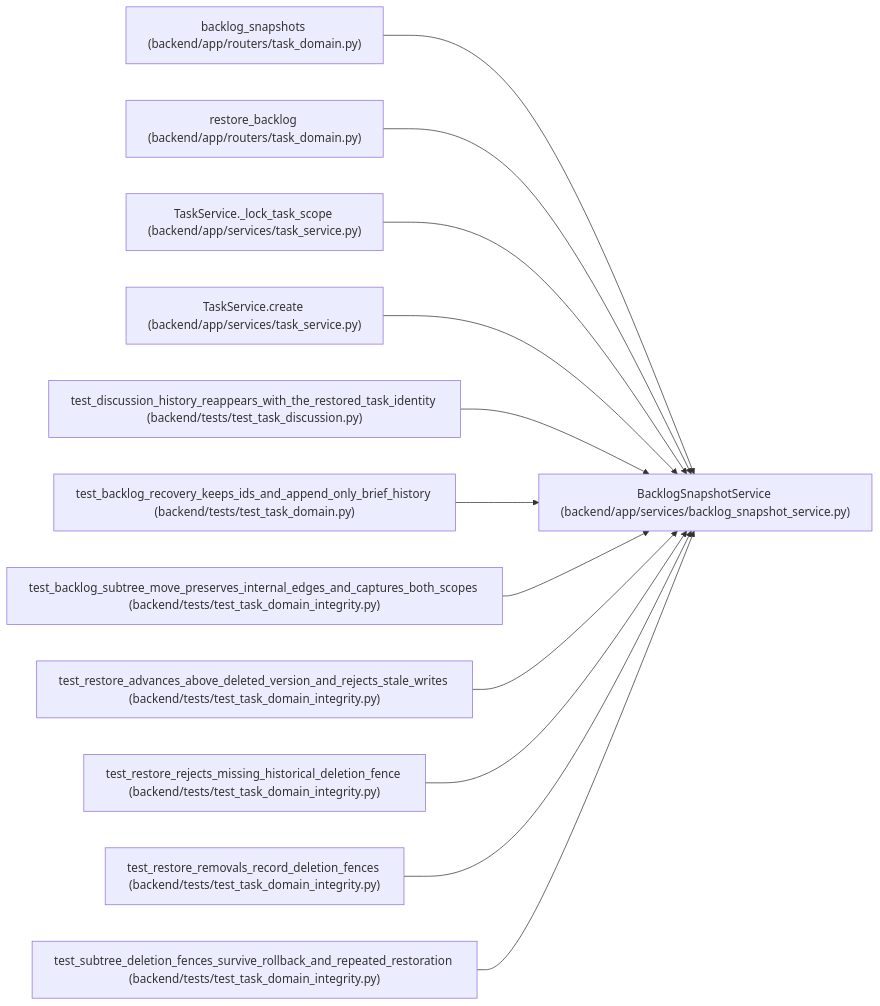
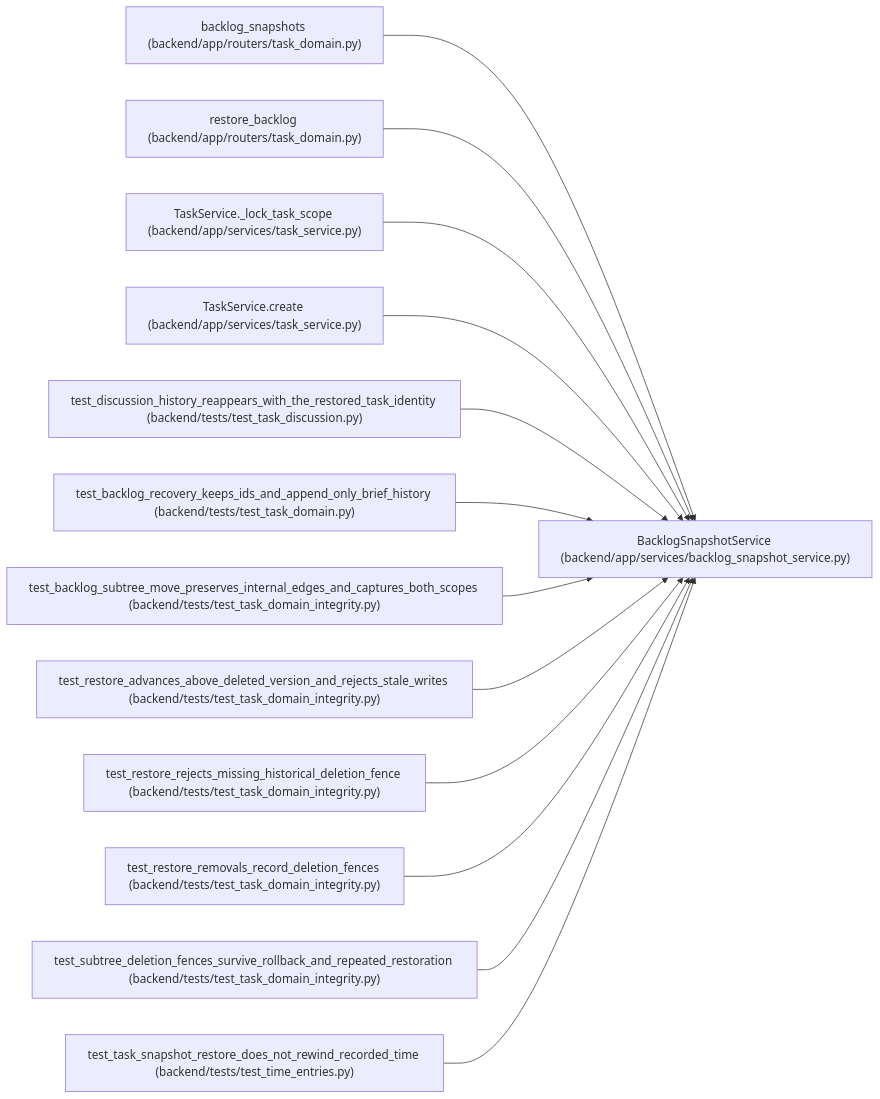
Before and after one commit to Denissvgn/WorkChord: the diagram in docs/llm_wiki/entities/BacklogSnapshotService.md, drawn with Mermaid. The commit also changed other lines of this file and 2344 other files, not shown here.

````diff
--- a/docs/llm_wiki/entities/BacklogSnapshotService.md
+++ b/docs/llm_wiki/entities/BacklogSnapshotService.md
@@ -30,38 +30,41 @@
 ```mermaid
 flowchart LR
     n0["BacklogSnapshotService (backend/app/services/backlog_snapshot_service.py)"]
     n1["backlog_snapshots (backend/app/routers/task_domain.py)"]
     n2["restore_backlog (backend/app/routers/task_domain.py)"]
     n3["TaskService._lock_task_scope (backend/app/services/task_service.py)"]
     n4["TaskService.create (backend/app/services/task_service.py)"]
     n5["test_discussion_history_reappears_with_the_restored_task_identity (backend/tests/test_task_discussion.py)"]
     n6["test_backlog_recovery_keeps_ids_and_append_only_brief_history (backend/tests/test_task_domain.py)"]
     n7["test_backlog_subtree_move_preserves_internal_edges_and_captures_both_scopes (backend/tests/test_task_domain_integrity.py)"]
     n8["test_restore_advances_above_deleted_version_and_rejects_stale_writes (backend/tests/test_task_domain_integrity.py)"]
     n9["test_restore_rejects_missing_historical_deletion_fence (backend/tests/test_task_domain_integrity.py)"]
     n10["test_restore_removals_record_deletion_fences (backend/tests/test_task_domain_integrity.py)"]
     n11["test_subtree_deletion_fences_survive_rollback_and_repeated_restoration (backend/tests/test_task_domain_integrity.py)"]
+    n12["test_task_snapshot_restore_does_not_rewind_recorded_time (backend/tests/test_time_entries.py)"]
     n1 --> n0
     n2 --> n0
     n3 --> n0
     n4 --> n0
     n5 --> n0
     n6 --> n0
     n7 --> n0
     n8 --> n0
     n9 --> n0
     n10 --> n0
     n11 --> n0
+    n12 --> n0
     click n0 "../modules/backlog_snapshot_service.md"
     click n1 "../modules/routers_task_domain.md"
     click n2 "../modules/routers_task_domain.md"
     click n3 "../modules/task_service.md"
     click n4 "../modules/task_service.md"
     click n5 "../modules/test_task_discussion.md"
     click n6 "../modules/test_task_domain.md"
     click n7 "../modules/test_task_domain_integrity.md"
     click n8 "../modules/test_task_domain_integrity.md"
     click n9 "../modules/test_task_domain_integrity.md"
     click n10 "../modules/test_task_domain_integrity.md"
     click n11 "../modules/test_task_domain_integrity.md"
+    click n12 "../modules/test_time_entries.md"
 ```
````
